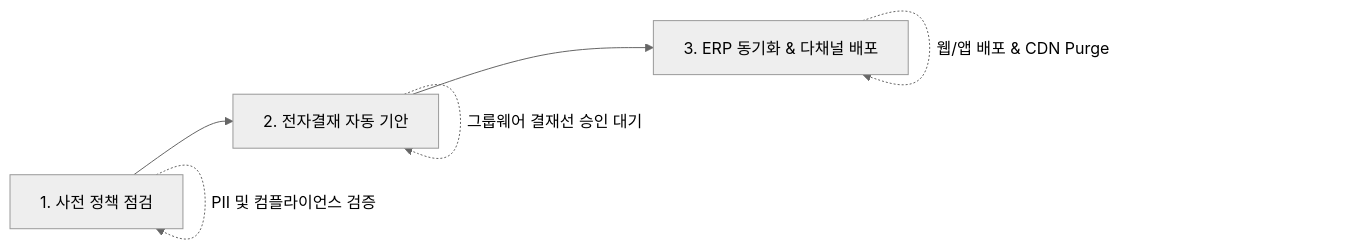
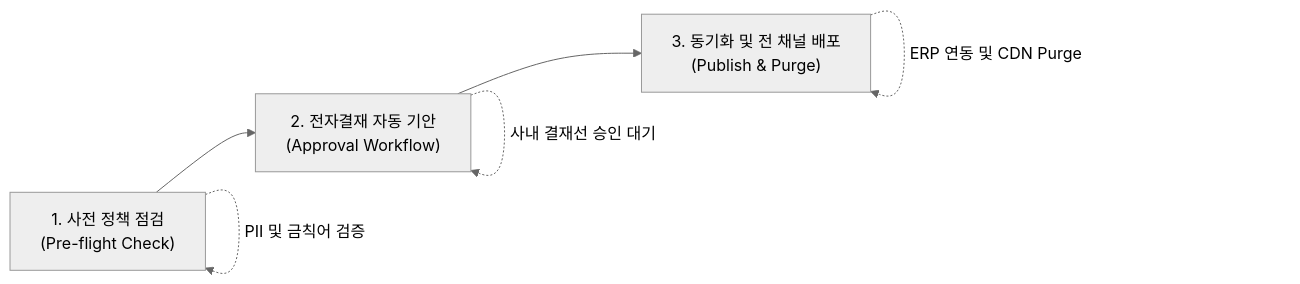
Before and after one commit to DramaticCollaboration/doc.github.io: the diagram in ko/synccms/integration-governance.md, drawn with Mermaid (neutral theme). The commit also changed other lines of this file and 29 other files, not shown here.

````diff
--- a/ko/synccms/integration-governance.md
+++ b/ko/synccms/integration-governance.md
@@ -15,9 +25,9 @@
 ```mermaid
 graph LR
-    A[1. 사전 정책 점검] --> B[2. 전자결재 자동 기안]
-    B --> C[3. ERP 동기화 & 다채널 배포]
+    A["1. 사전 정책 점검<br/>(Pre-flight Check)"] --> B["2. 전자결재 자동 기안<br/>(Approval Workflow)"]
+    B --> C["3. 동기화 및 전 채널 배포<br/>(Publish & Purge)"]
 
-    A -.->|PII 및 컴플라이언스 검증| A
-    B -.->|그룹웨어 결재선 승인 대기| B
-    C -.->|웹/앱 배포 & CDN Purge| C
+    A -.->|PII 및 금칙어 검증| A
+    B -.->|사내 결재선 승인 대기| B
+    C -.->|ERP 연동 및 CDN Purge| C
 ```
````
